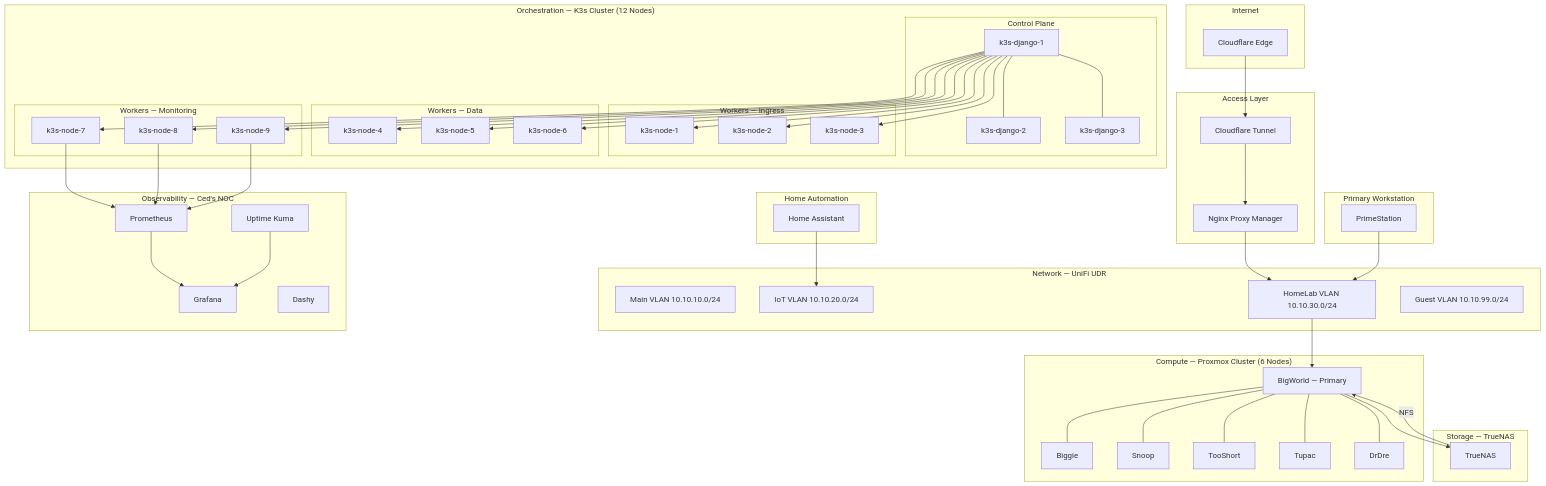
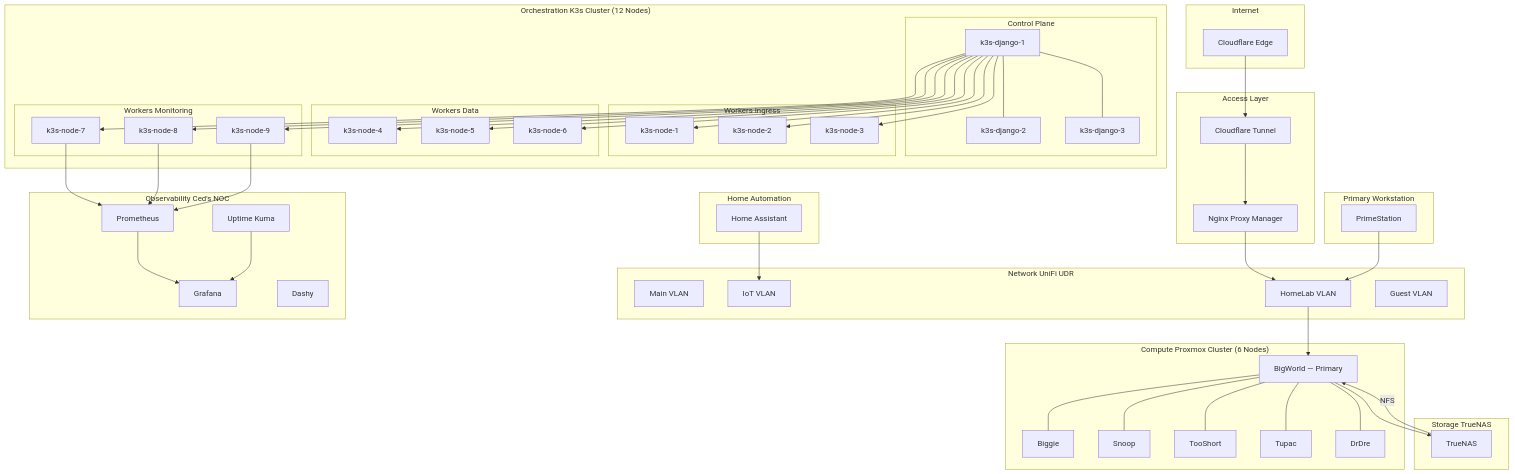
The diagram in README.md (ced4568/ceds-homelab), drawn with Mermaid before and after one commit. The commit also changed other lines of this file and 1 other file, not shown here.

Commit message:
Update positioning, remove VLAN IPs, remove icons from SOC lab

```diff
--- a/README.md
+++ b/README.md
@@ -38,18 +38,18 @@
         NPM[Nginx Proxy Manager]
     end
 
-    subgraph Network["Network — UniFi UDR"]
-        MAIN[Main VLAN 10.10.10.0/24]
-        IOT[IoT VLAN 10.10.20.0/24]
-        LAB[HomeLab VLAN 10.10.30.0/24]
-        GUEST[Guest VLAN 10.10.99.0/24]
+    subgraph Network["Network UniFi UDR"]
+        MAIN[Main VLAN]
+        IOT[IoT VLAN]
+        LAB[HomeLab VLAN]
+        GUEST[Guest VLAN]
     end
 
     subgraph Desktop["Primary Workstation"]
         PS[PrimeStation]
     end
 
-    subgraph Proxmox["Compute — Proxmox Cluster (6 Nodes)"]
+    subgraph Proxmox["Compute Proxmox Cluster (6 Nodes)"]
         BW[BigWorld — Primary]
         BG[Biggie]
         SN[Snoop]
@@ -58,34 +58,34 @@
         DD[DrDre]
     end
 
-    subgraph K3s["Orchestration — K3s Cluster (12 Nodes)"]
+    subgraph K3s["Orchestration K3s Cluster (12 Nodes)"]
         subgraph CP["Control Plane"]
             CP1[k3s-django-1]
             CP2[k3s-django-2]
             CP3[k3s-django-3]
         end
-        subgraph INGRESS["Workers — Ingress"]
+        subgraph INGRESS["Workers Ingress"]
             W1[k3s-node-1]
             W2[k3s-node-2]
             W3[k3s-node-3]
         end
-        subgraph DATA["Workers — Data"]
+        subgraph DATA["Workers Data"]
             W4[k3s-node-4]
             W5[k3s-node-5]
             W6[k3s-node-6]
         end
-        subgraph MON["Workers — Monitoring"]
+        subgraph MON["Workers Monitoring"]
             W7[k3s-node-7]
             W8[k3s-node-8]
             W9[k3s-node-9]
         end
     end
 
-    subgraph Storage["Storage — TrueNAS"]
+    subgraph Storage["Storage TrueNAS"]
         TN[TrueNAS]
     end
 
-    subgraph NOC["Observability — Ced's NOC"]
+    subgraph NOC["Observability Ced's NOC"]
         PROM[Prometheus]
         GRAF[Grafana]
         KUMA[Uptime Kuma]
```
